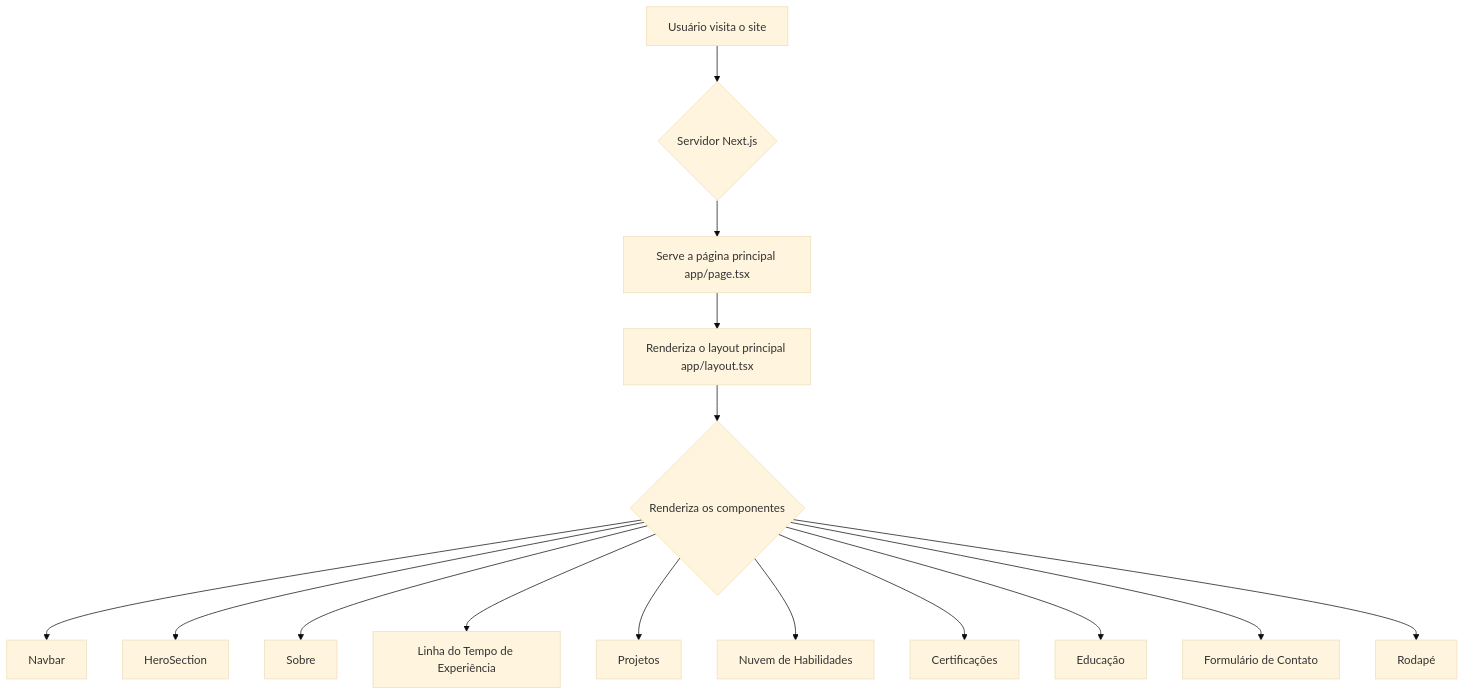
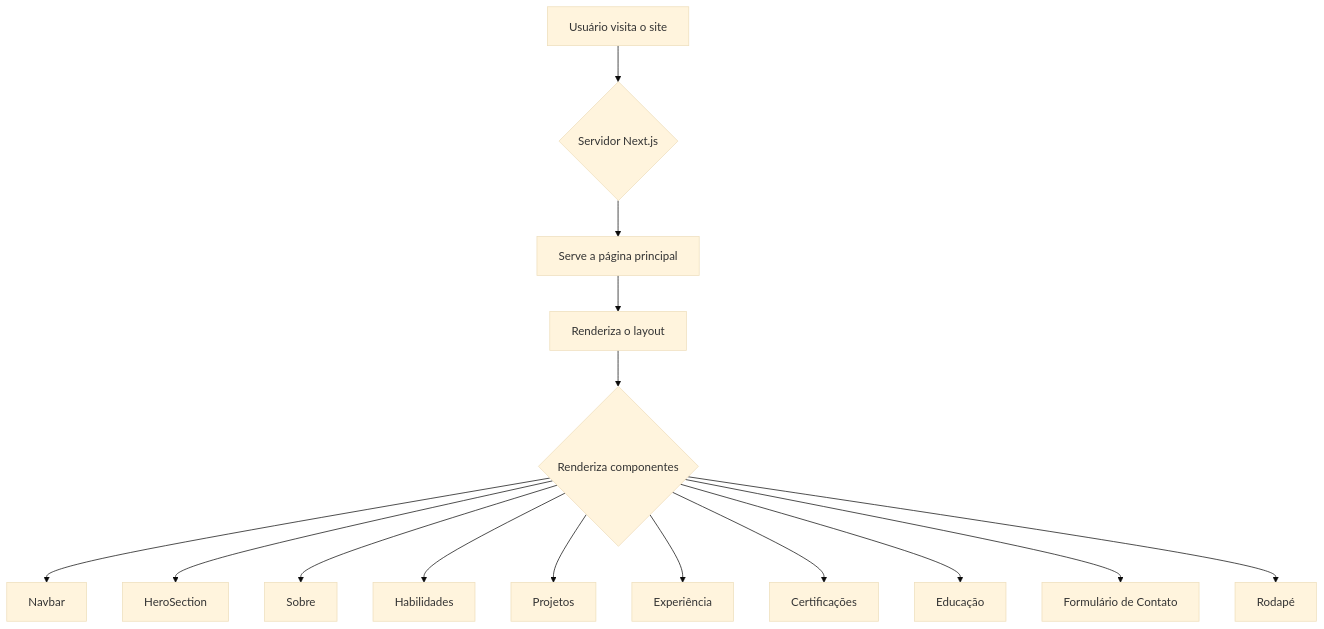
The first of 2 diagrams in README.md (DessimA/meu_cv), drawn with Mermaid (base theme) before and after one commit. The commit also changed other lines of this file, not shown here.

````diff
--- a/README.md
+++ b/README.md
@@ -62,17 +111,17 @@
 ```mermaid
 graph TD
-    A[Usuário visita o site] --> B{Servidor Next.js};
-    B --> C[Serve a página principal app/page.tsx];
-    C --> D[Renderiza o layout principal app/layout.tsx];
-    D --> E{Renderiza os componentes};
-    E --> F[Navbar];
-    E --> G[HeroSection];
-    E --> H[Sobre];
-    E --> I[Linha do Tempo de Experiência];
-    E --> J[Projetos];
-    E --> K[Nuvem de Habilidades];
-    E --> L[Certificações];
-    E --> M[Educação];
-    E --> N[Formulário de Contato];
-    E --> O[Rodapé];
+    A[Usuário visita o site] --> B{Servidor Next.js}
+    B --> C[Serve a página principal]
+    C --> D[Renderiza o layout]
+    D --> E{Renderiza componentes}
+    E --> F[Navbar]
+    E --> G[HeroSection]
+    E --> H[Sobre]
+    E --> I[Habilidades]
+    E --> J[Projetos]
+    E --> K[Experiência]
+    E --> L[Certificações]
+    E --> M[Educação]
+    E --> N[Formulário de Contato]
+    E --> O[Rodapé]
 ```
````
